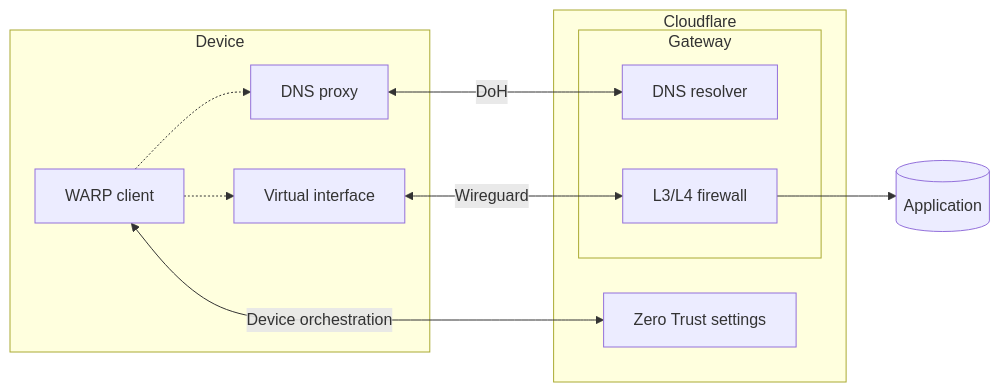
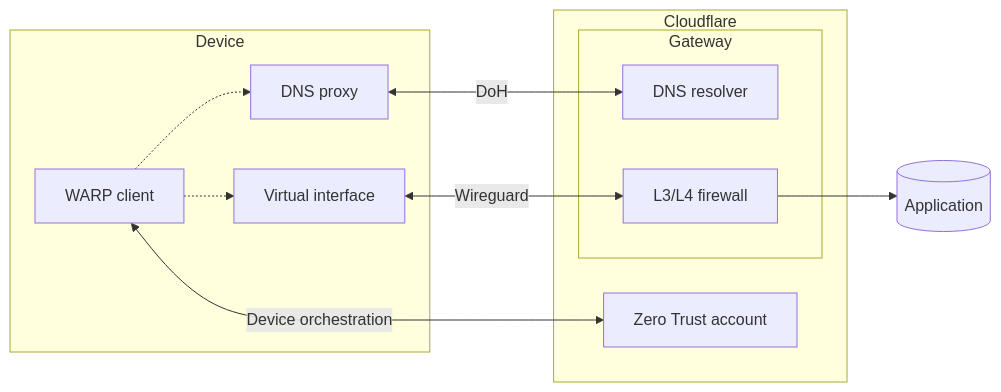
One commit to cloudflare/cloudflare-docs changed the first of 3 diagrams in content/cloudflare-one/connections/connect-devices/warp/configure-warp/route-traffic/warp-architecture.md. Above: the diagram before and after it, drawn with Mermaid. The commit also changed other lines of this file, not shown here.

````diff
--- a/content/cloudflare-one/connections/connect-devices/warp/configure-warp/route-traffic/warp-architecture.md
+++ b/content/cloudflare-one/connections/connect-devices/warp/configure-warp/route-traffic/warp-architecture.md
@@ -23,19 +22,19 @@
 ```mermaid
 flowchart LR
 subgraph Device
 W[WARP client] -.-> D
 D[DNS proxy]
 W -.-> V[Virtual interface]
 end
 subgraph Cloudflare
-A[Zero Trust settings]
+A[Zero Trust account]
 subgraph Gateway
 G[DNS resolver]
 N[L3/L4 firewall]
 end
 end
 W<--Device orchestration-->A
 D<--DoH-->G
 V<--Wireguard-->N
 N --> O[(Application)]
 ```
````
